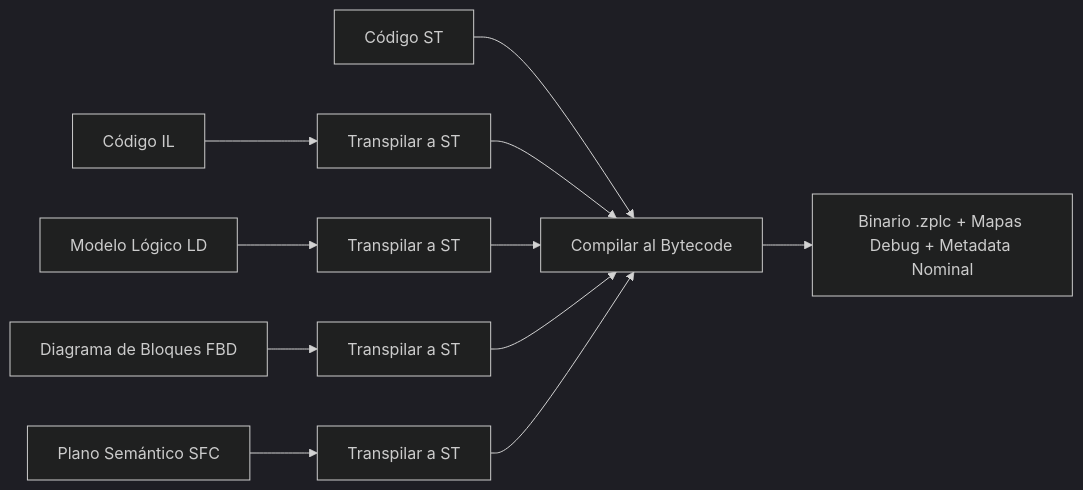
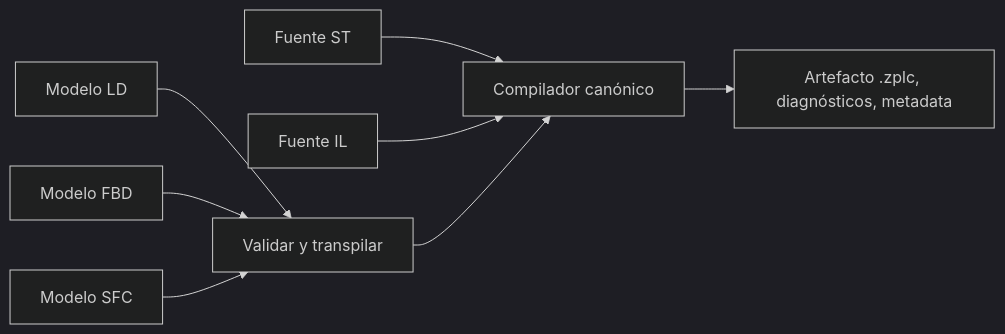
The diagram in docs/i18n/es/docusaurus-plugin-content-docs/current/ide/compiler.md (eduardojvieira/ZPLC), drawn with Mermaid (dark theme) before and after one commit. The commit also changed other lines of this file and 63 other files, not shown here.

````diff
--- a/docs/i18n/es/docusaurus-plugin-content-docs/current/ide/compiler.md
+++ b/docs/i18n/es/docusaurus-plugin-content-docs/current/ide/compiler.md
@@ -9,15 +14,10 @@
 ```mermaid
 flowchart LR
-  ST[Código ST] --> Core[Compilar al Bytecode]
-  IL[Código IL] --> ILToST[Transpilar a ST]
-  LD[Modelo Lógico LD] --> LDToST[Transpilar a ST]
-  FBD[Diagrama de Bloques FBD] --> FBDToST[Transpilar a ST]
-  SFC[Plano Semántico SFC] --> SFCToST[Transpilar a ST]
-
-  ILToST --> Core
-  LDToST --> Core
-  FBDToST --> Core
-  SFCToST --> Core
-
-  Core --> ZPLC[Binario .zplc + Mapas Debug + Metadata Nominal]
+  ST[Fuente ST] --> Compile[Compilador canónico]
+  IL[Fuente IL] --> Compile
+  LD[Modelo LD] --> Transpile[Validar y transpilar]
+  FBD[Modelo FBD] --> Transpile
+  SFC[Modelo SFC] --> Transpile
+  Transpile --> Compile
+  Compile --> Artifact[Artefacto .zplc, diagnósticos, metadata]
 ```
````
